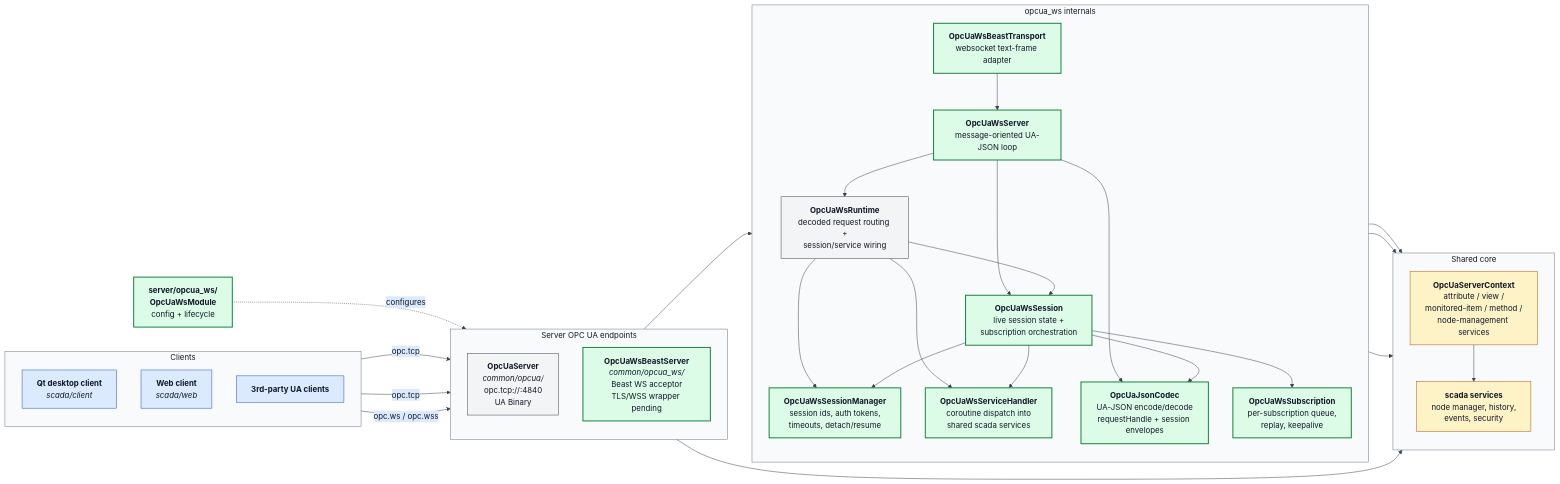
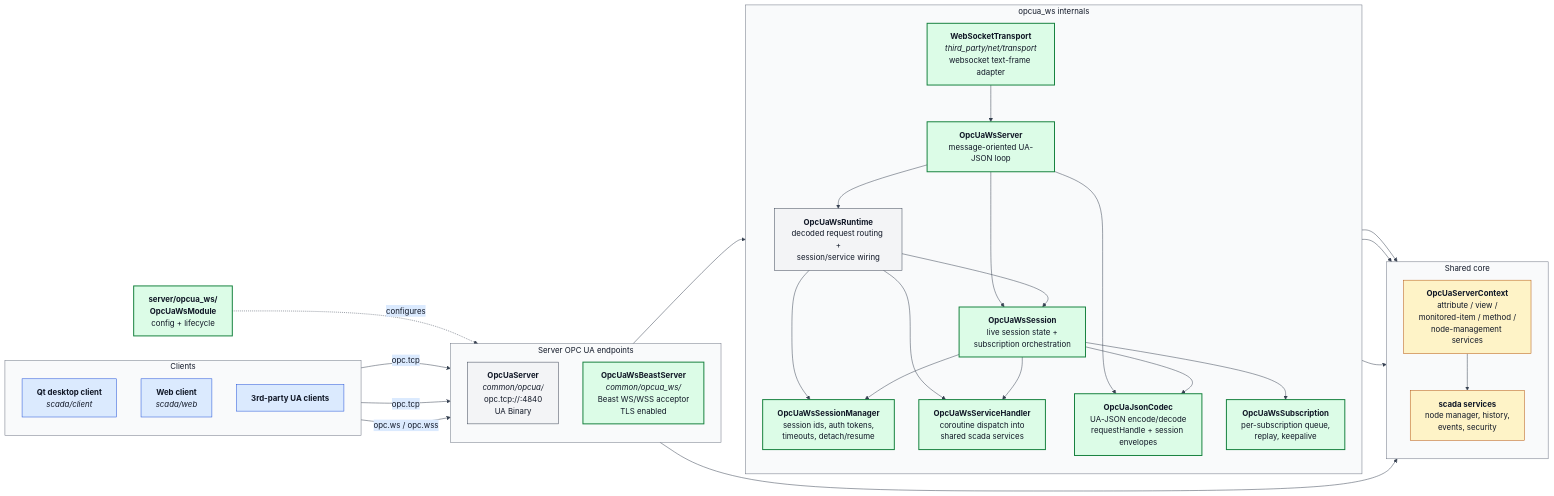
The diagram in docs/opcua_ws_architecture.mmd (alexsmn/scada-common), drawn with Mermaid before and after one commit. The commit also changed 11 other files, not shown here.

Commit message:
Add opcua_ws TLS Beast server support

```diff
--- a/docs/opcua_ws_architecture.mmd
+++ b/docs/opcua_ws_architecture.mmd
@@ -1,88 +1,88 @@
 %%{init: {
   'theme': 'base',
   'themeVariables': {
     'background': '#ffffff',
     'primaryColor': '#f3f4f6',
     'primaryBorderColor': '#374151',
     'primaryTextColor': '#111827',
     'secondaryColor': '#dbeafe',
     'secondaryBorderColor': '#1d4ed8',
     'secondaryTextColor': '#111827',
     'tertiaryColor': '#fef3c7',
     'tertiaryBorderColor': '#b45309',
     'tertiaryTextColor': '#111827',
     'lineColor': '#374151',
     'defaultLinkColor': '#374151',
     'clusterBkg': '#f9fafb',
     'clusterBorder': '#6b7280',
     'titleColor': '#111827'
   },
   'flowchart': {'htmlLabels': true}
 }}%%
 flowchart LR
     subgraph Clients["Clients"]
         direction TB
         QT["<b>Qt desktop client</b><br/><i>scada/client</i>"]
         WEB["<b>Web client</b><br/><i>scada/web</i>"]
         NATIVE["<b>3rd-party UA clients</b>"]
     end
 
     subgraph Endpoints["Server OPC UA endpoints"]
         direction TB
         TCP["<b>OpcUaServer</b><br/><i>common/opcua/</i><br/>opc.tcp://:4840<br/>UA Binary"]
-        WSSOCK["<b>OpcUaWsBeastServer</b><br/><i>common/opcua_ws/</i><br/>Beast WS acceptor<br/>TLS/WSS wrapper pending"]
+        WSSOCK["<b>OpcUaWsBeastServer</b><br/><i>common/opcua_ws/</i><br/>Beast WS/WSS acceptor<br/>TLS enabled"]
     end
 
     subgraph WsInternals["opcua_ws internals"]
         direction TB
-        WSTR["<b>OpcUaWsBeastTransport</b><br/>websocket text-frame adapter"]
+        WSTR["<b>WebSocketTransport</b><br/><i>third_party/net/transport</i><br/>websocket text-frame adapter"]
         WS["<b>OpcUaWsServer</b><br/>message-oriented UA-JSON loop"]
         SESS["<b>OpcUaWsSession</b><br/>live session state +<br/>subscription orchestration"]
         RT["<b>OpcUaWsRuntime</b><br/>decoded request routing +<br/>session/service wiring"]
         SMGR["<b>OpcUaWsSessionManager</b><br/>session ids, auth tokens,<br/>timeouts, detach/resume"]
         HANDLER["<b>OpcUaWsServiceHandler</b><br/>coroutine dispatch into<br/>shared scada services"]
         SUB["<b>OpcUaWsSubscription</b><br/>per-subscription queue,<br/>replay, keepalive"]
         CODEC["<b>OpcUaJsonCodec</b><br/>UA-JSON encode/decode<br/>requestHandle + session envelopes"]
     end
 
     subgraph Core["Shared core"]
         direction TB
         CTX["<b>OpcUaServerContext</b><br/>attribute / view /<br/>monitored-item / method /<br/>node-management services"]
         SVC["<b>scada services</b><br/>node manager, history,<br/>events, security"]
     end
 
     MOD["<b>server/opcua_ws/<br/>OpcUaWsModule</b><br/>config + lifecycle"]
 
     QT -->|opc.tcp| TCP
     NATIVE -->|opc.tcp| TCP
     WEB -->|opc.ws / opc.wss| WSSOCK
 
     WSSOCK --> WSTR
     WSTR --> WS
     WS --> SESS
     WS --> RT
     RT --> SESS
     RT --> SMGR
     RT --> HANDLER
     SESS --> SMGR
     SESS --> HANDLER
     WS --> CODEC
     SESS --> SUB
     SESS --> CODEC
     HANDLER --> CTX
     SMGR --> CTX
 
     TCP --> CTX
     WS --> CTX
     CTX --> SVC
 
     MOD -.configures.-> WSSOCK
 
     classDef clientStyle fill:#dbeafe,stroke:#1d4ed8,color:#111827
     classDef newModule fill:#dcfce7,stroke:#15803d,color:#111827,stroke-width:2px
     classDef existing fill:#f3f4f6,stroke:#374151,color:#111827
     classDef core fill:#fef3c7,stroke:#b45309,color:#111827
     class QT,WEB,NATIVE clientStyle
     class WSSOCK,WSTR,WS,SESS,SMGR,HANDLER,SUB,CODEC,MOD newModule
     class TCP existing
     class CTX,SVC core
```
